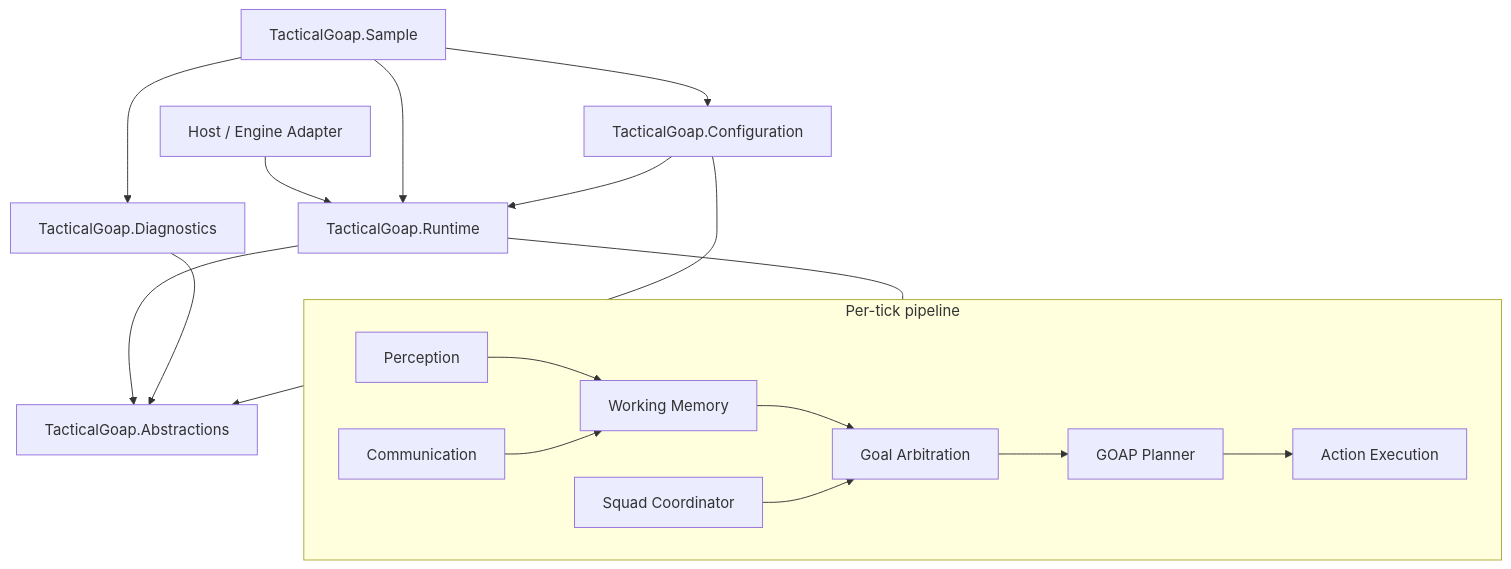
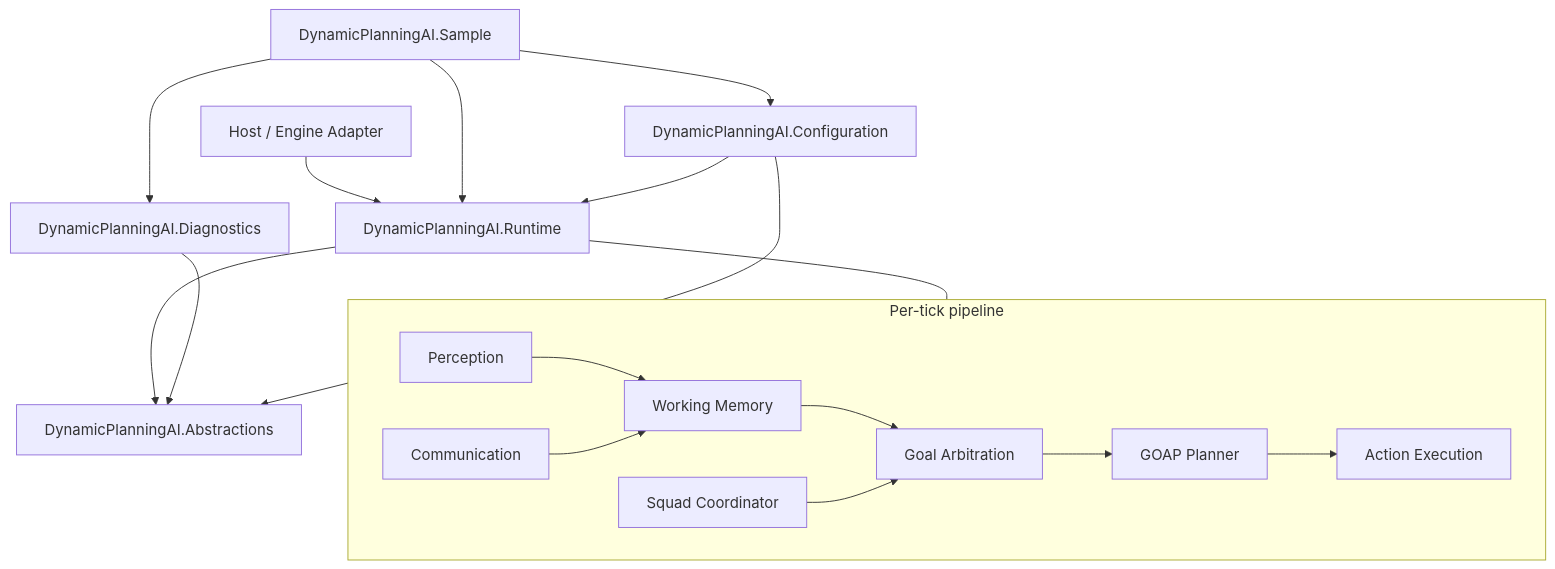
One commit to Chookees/GOAP_Dynamic_Planning_AI changed the diagram in README.md. Above: the diagram before and after it, drawn with Mermaid. The commit also changed other lines of this file and 558 other files, not shown here.

First line of the commit message:
DP-REN-001: rename product from TacticalGoap to DynamicPlanningAI (DP_AI) (#2)

````diff
--- a/README.md
+++ b/README.md
@@ -64,33 +75,33 @@
 ```mermaid
 flowchart TB
   Host[Host / Engine Adapter]
-  Sample[TacticalGoap.Sample]
-  Config[TacticalGoap.Configuration]
-  Runtime[TacticalGoap.Runtime]
-  Diag[TacticalGoap.Diagnostics]
-  Abs[TacticalGoap.Abstractions]
+  Sample[DynamicPlanningAI.Sample]
+  Config[DynamicPlanningAI.Configuration]
+  Runtime[DynamicPlanningAI.Runtime]
+  Diag[DynamicPlanningAI.Diagnostics]
+  Abs[DynamicPlanningAI.Abstractions]
 
   Host --> Runtime
   Sample --> Config
   Sample --> Runtime
   Sample --> Diag
   Config --> Runtime
   Runtime --> Abs
   Diag --> Abs
   Config --> Abs
 
   subgraph RuntimeTick[Per-tick pipeline]
     Perc[Perception]
     Mem[Working Memory]
     Goal[Goal Arbitration]
     Plan[GOAP Planner]
     Exec[Action Execution]
     Squad[Squad Coordinator]
     Comm[Communication]
     Perc --> Mem --> Goal --> Plan --> Exec
     Squad --> Goal
     Comm --> Mem
   end
 
   Runtime --- RuntimeTick
 ```
````
